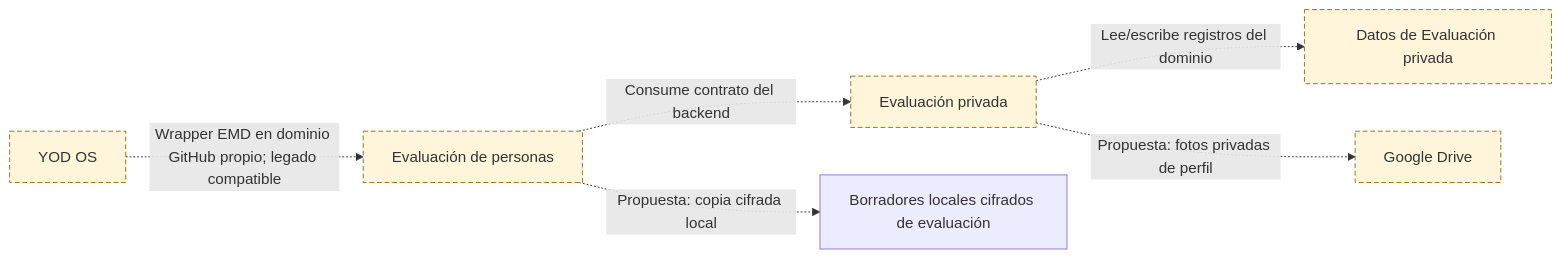
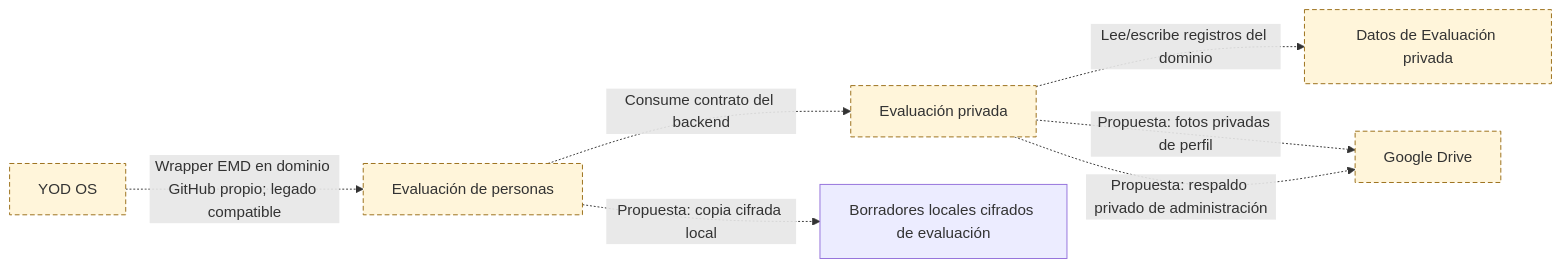
Before and after one commit to yodesarrollomx/yod-portal: the seventh of 13 diagrams in docs/arquitectura/mapas.md, drawn with Mermaid. The commit also changed other lines of this file and 12 other files, not shown here.

````diff
--- a/docs/arquitectura/mapas.md
+++ b/docs/arquitectura/mapas.md
@@ -364,20 +364,21 @@
 ```mermaid
 flowchart LR
   n_SYS_YOD_OS["YOD OS"]
   n_SYS_EMD["Evaluación de personas"]
   n_GAS_EMD["Evaluación privada"]
   n_SHEET_EMD["Datos de Evaluación privada"]
   n_EXT_DRIVE["Google Drive"]
   n_STORE_EMD_DRAFTS["Borradores locales cifrados de evaluación"]
   n_GAS_EMD -.->|Lee/escribe registros del dominio| n_SHEET_EMD
   n_SYS_EMD -.->|Consume contrato del backend| n_GAS_EMD
   n_GAS_EMD -.->|Propuesta: fotos privadas de perfil| n_EXT_DRIVE
   n_SYS_EMD -.->|Propuesta: copia cifrada local| n_STORE_EMD_DRAFTS
   n_SYS_YOD_OS -.->|Wrapper EMD en dominio GitHub propio; legado compatible| n_SYS_EMD
+  n_GAS_EMD -.->|Propuesta: respaldo privado de administración| n_EXT_DRIVE
   classDef pendiente fill:#fff5da,stroke:#996d16,stroke-dasharray:5 3;
   class n_SYS_YOD_OS pendiente;
   class n_SYS_EMD pendiente;
   class n_GAS_EMD pendiente;
   class n_SHEET_EMD pendiente;
   class n_EXT_DRIVE pendiente;
 ```
````
